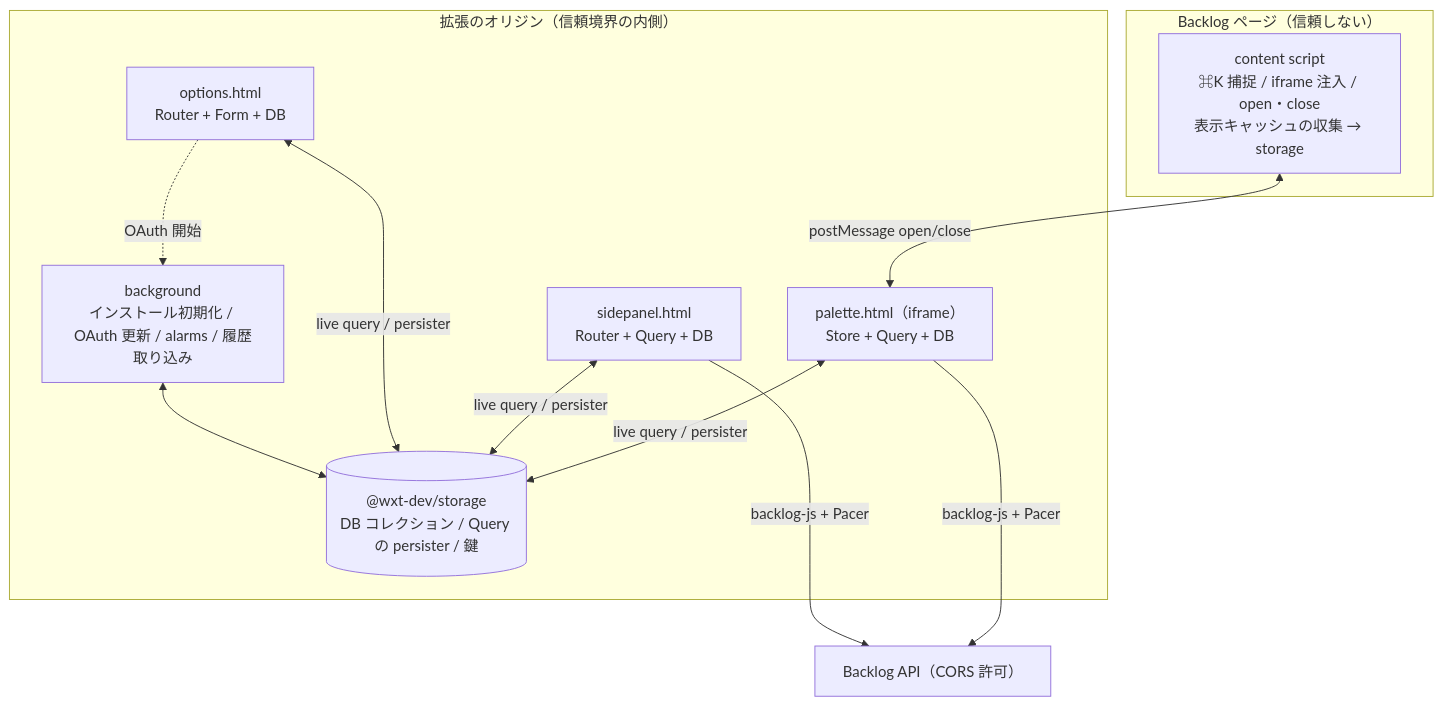
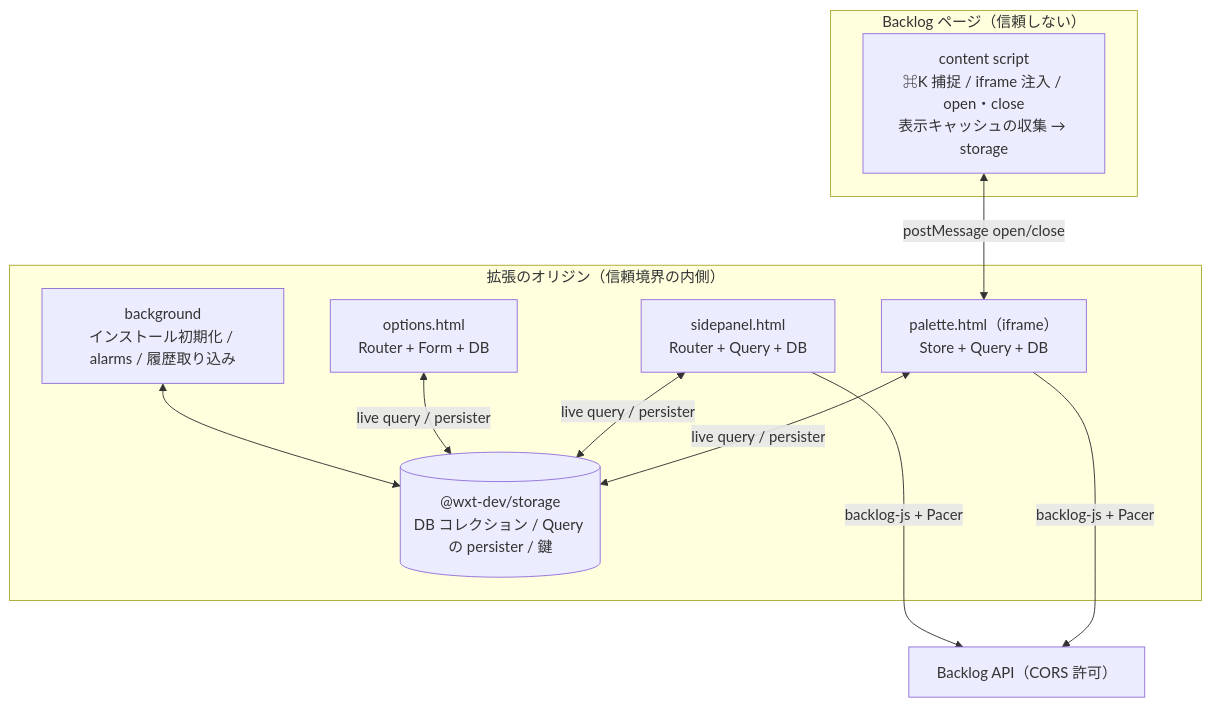
One commit to simochee/backlog-palette changed the diagram in docs/requirements/tech-stack.md. Above: the diagram before and after it, drawn with Mermaid. The commit also changed other lines of this file and 2 other files, not shown here.

First line of the commit message:
docs: M2 以降の計画を D-20 と OAuth 不採用に合わせる (#5)

````diff
--- a/docs/requirements/tech-stack.md
+++ b/docs/requirements/tech-stack.md
@@ -47,18 +47,17 @@
 ```mermaid
 flowchart TB
   subgraph page["Backlog ページ（信頼しない）"]
     CS["content script<br/>⌘K 捕捉 / iframe 注入 / open・close<br/>表示キャッシュの収集 → storage"]
   end
   subgraph ext["拡張のオリジン（信頼境界の内側）"]
     PAL["palette.html（iframe）<br/>Store + Query + DB"]
     PANEL["sidepanel.html<br/>Router + Query + DB"]
     OPT["options.html<br/>Router + Form + DB"]
     ST[("@wxt-dev/storage<br/>DB コレクション / Query の persister / 鍵")]
-    SW["background<br/>インストール初期化 / OAuth 更新 / alarms / 履歴取り込み"]
+    SW["background<br/>インストール初期化 / alarms / 履歴取り込み"]
   end
   CS <-->|postMessage open/close| PAL
   PAL & PANEL & OPT <-->|live query / persister| ST
   PAL & PANEL --->|backlog-js + Pacer| API["Backlog API（CORS 許可）"]
   SW <--> ST
-  OPT -.->|OAuth 開始| SW
 ```
````
